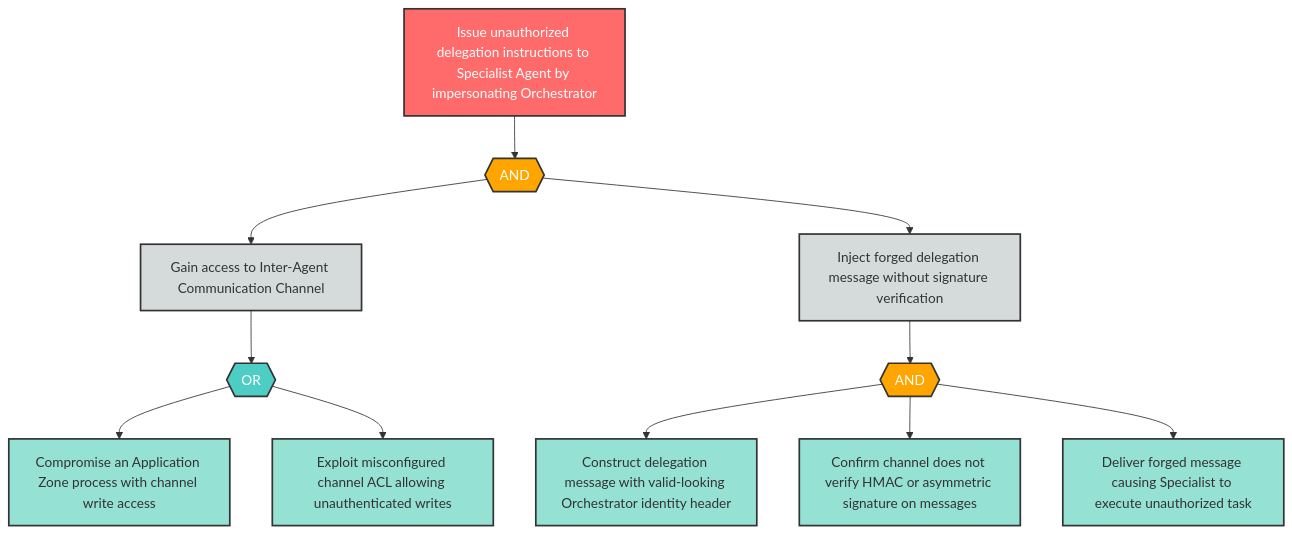
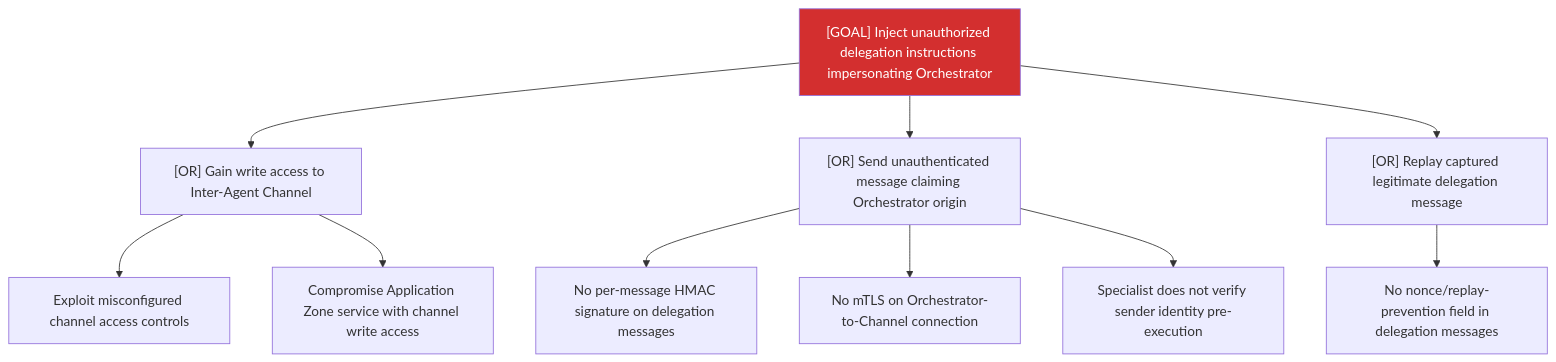
One commit to q-qp-p/davidmatousek-tachi changed the diagram in examples/agentic-app/sample-report/attack-trees/s-3-attack-tree.md. Above: the diagram before and after it, drawn with Mermaid. The commit also changed other lines of this file and 132 other files, not shown here.

````diff
--- a/examples/agentic-app/sample-report/attack-trees/s-3-attack-tree.md
+++ b/examples/agentic-app/sample-report/attack-trees/s-3-attack-tree.md
@@ -8,37 +7,15 @@
 ```mermaid
-flowchart TD
-    S3_root["Issue unauthorized delegation instructions to Specialist Agent by impersonating Orchestrator"]
-    S3_and1{{"AND"}}
-    S3_sub1["Gain access to Inter-Agent Communication Channel"]
-    S3_sub2["Inject forged delegation message without signature verification"]
-    S3_or1{{"OR"}}
-    S3_leaf1["Compromise an Application Zone process with channel write access"]
-    S3_leaf2["Exploit misconfigured channel ACL allowing unauthenticated writes"]
-    S3_and2{{"AND"}}
-    S3_leaf3["Construct delegation message with valid-looking Orchestrator identity header"]
-    S3_leaf4["Confirm channel does not verify HMAC or asymmetric signature on messages"]
-    S3_leaf5["Deliver forged message causing Specialist to execute unauthorized task"]
-
-    S3_root --> S3_and1
-    S3_and1 --> S3_sub1
-    S3_and1 --> S3_sub2
-    S3_sub1 --> S3_or1
-    S3_or1 --> S3_leaf1
-    S3_or1 --> S3_leaf2
-    S3_sub2 --> S3_and2
-    S3_and2 --> S3_leaf3
-    S3_and2 --> S3_leaf4
-    S3_and2 --> S3_leaf5
-
-    classDef goal fill:#ff6b6b,stroke:#333,stroke-width:2px,color:#fff
-    classDef andGate fill:#ffa500,stroke:#333,stroke-width:2px,color:#fff
-    classDef orGate fill:#4ecdc4,stroke:#333,stroke-width:2px,color:#fff
-    classDef subGoal fill:#d5dbdb,stroke:#333,stroke-width:2px,color:#333
-    classDef leaf fill:#95e1d3,stroke:#333,stroke-width:2px,color:#333
-
-    class S3_root goal
-    class S3_and1,S3_and2 andGate
-    class S3_or1 orGate
-    class S3_sub1,S3_sub2 subGoal
-    class S3_leaf1,S3_leaf2,S3_leaf3,S3_leaf4,S3_leaf5 leaf
+graph TD
+    Goal["[GOAL] Inject unauthorized delegation instructions impersonating Orchestrator"]
+    Goal --> A["[OR] Gain write access to Inter-Agent Channel"]
+    A --> A1["Exploit misconfigured channel access controls"]
+    A --> A2["Compromise Application Zone service with channel write access"]
+    Goal --> B["[OR] Send unauthenticated message claiming Orchestrator origin"]
+    B --> B1["No per-message HMAC signature on delegation messages"]
+    B --> B2["No mTLS on Orchestrator-to-Channel connection"]
+    B --> B3["Specialist does not verify sender identity pre-execution"]
+    Goal --> C["[OR] Replay captured legitimate delegation message"]
+    C --> C1["No nonce/replay-prevention field in delegation messages"]
+    classDef critical fill:#d32f2f,color:#fff
+    class Goal critical
 ```
````
